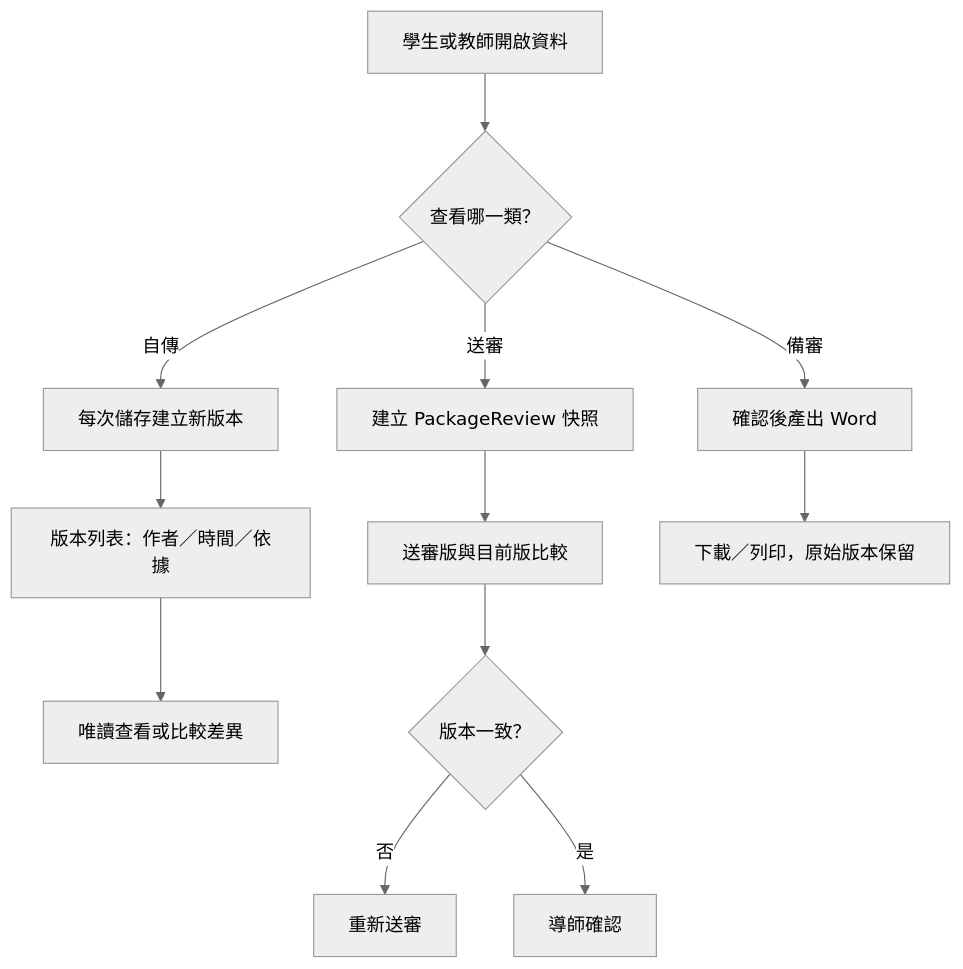
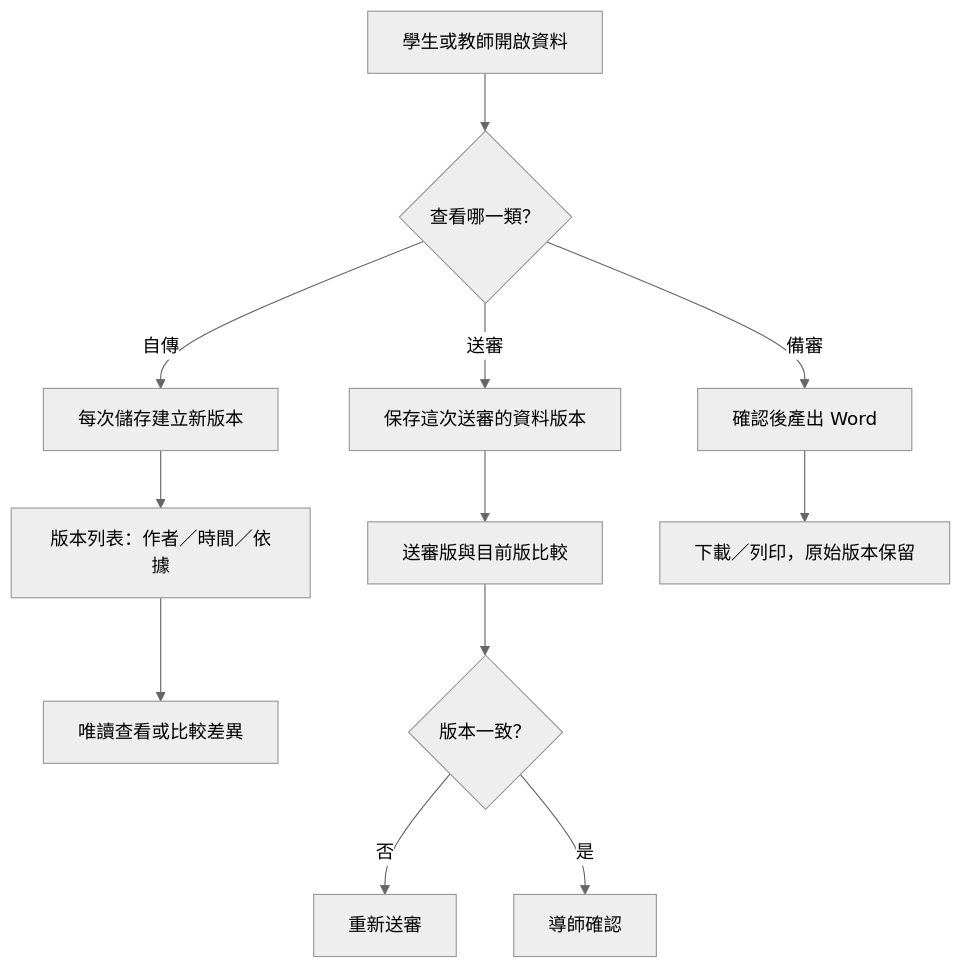
The diagram in docs/images/D-40-version-history-download-flow.mmd (vujhdcusa/1028), drawn with Mermaid (neutral theme) before and after one commit. The commit also changed 79 other files, not shown here.

First line of the commit message:
雲端副本符合度檢查與排版修正；提交 GPT 未提交的流程圖；修正圖 26、32；流程圖大全簡報補齊圖片

```diff
--- a/docs/images/D-40-version-history-download-flow.mmd
+++ b/docs/images/D-40-version-history-download-flow.mmd
@@ -1,12 +1,12 @@
 flowchart TD
   A[學生或教師開啟資料] --> B{查看哪一類？}
   B -- 自傳 --> C[每次儲存建立新版本]
   C --> D[版本列表：作者／時間／依據]
   D --> E[唯讀查看或比較差異]
-  B -- 送審 --> F[建立 PackageReview 快照]
+  B -- 送審 --> F[保存這次送審的資料版本]
   F --> G[送審版與目前版比較]
   G --> H{版本一致？}
   H -- 否 --> I[重新送審]
   H -- 是 --> J[導師確認]
   B -- 備審 --> K[確認後產出 Word]
   K --> L[下載／列印，原始版本保留]
```
